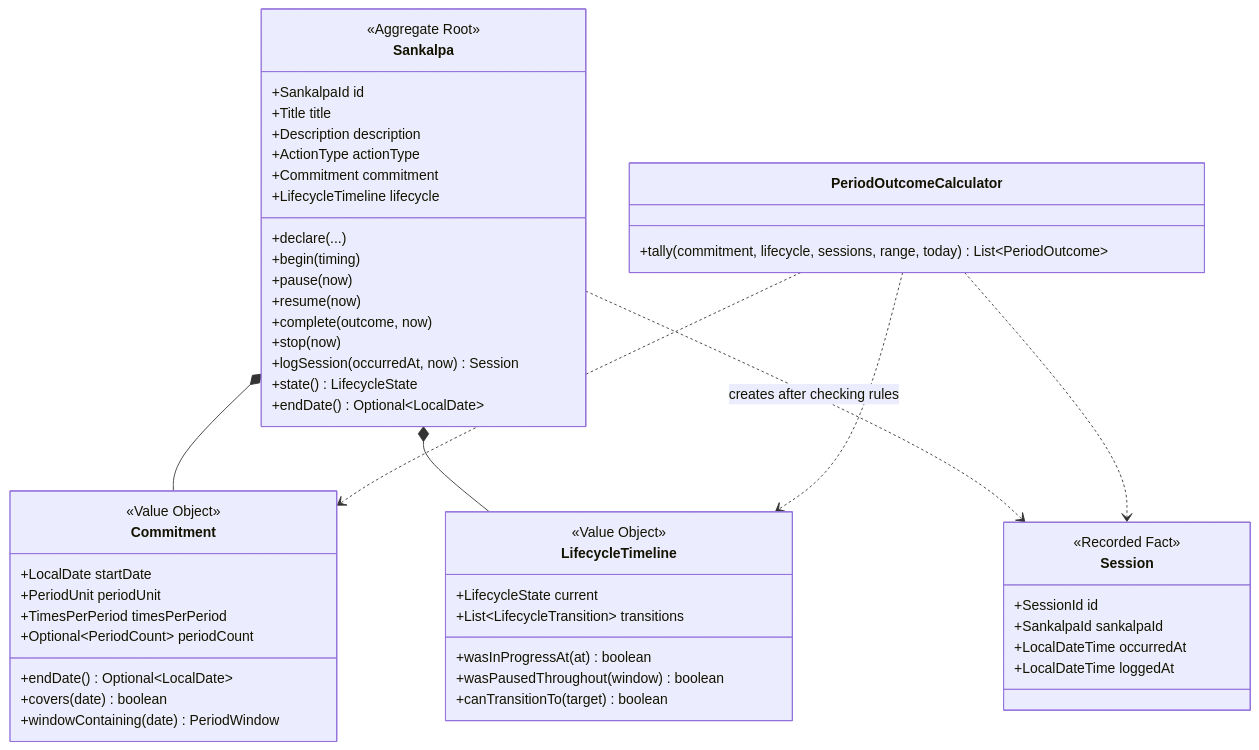
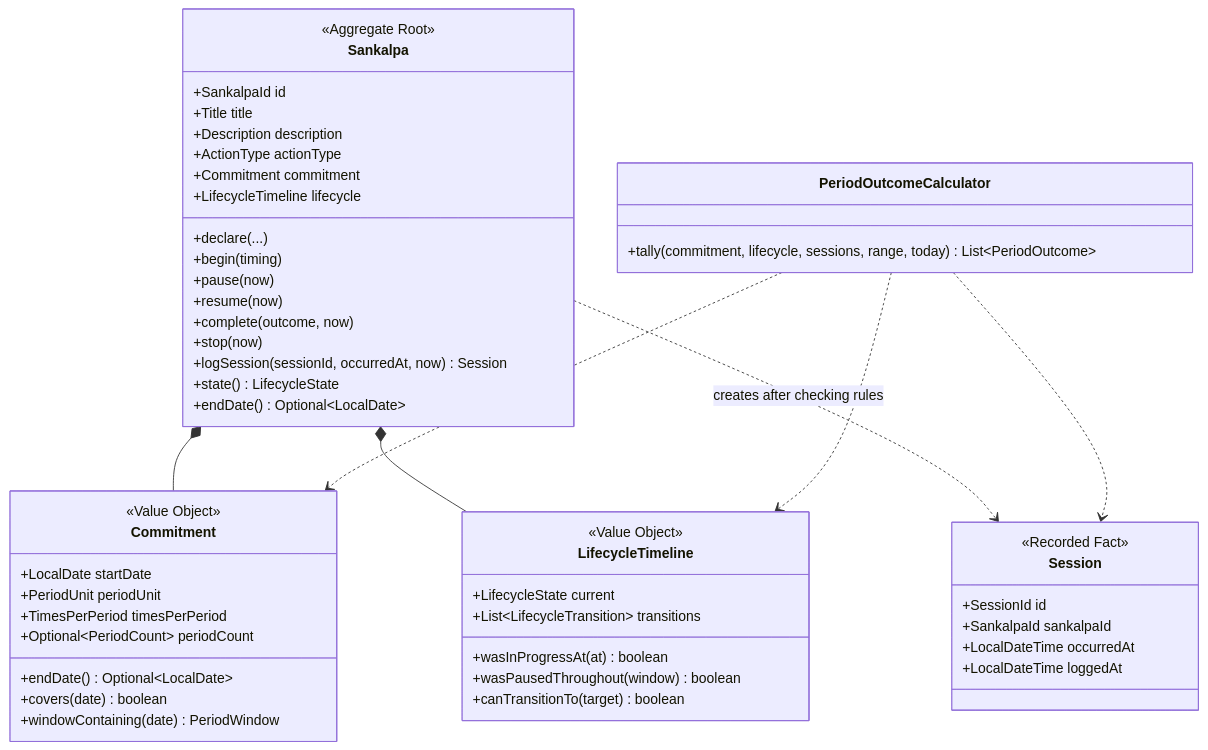
The diagram in docs/architecture/ddd/03-domain-model.md (pswani/sankalpa), drawn with Mermaid before and after one commit. The commit also changed other lines of this file and 64 other files, not shown here.

````diff
--- a/docs/architecture/ddd/03-domain-model.md
+++ b/docs/architecture/ddd/03-domain-model.md
@@ -8,60 +8,60 @@
 ```mermaid
 classDiagram
   class Sankalpa {
     <<Aggregate Root>>
     +SankalpaId id
     +Title title
     +Description description
     +ActionType actionType
     +Commitment commitment
     +LifecycleTimeline lifecycle
     +declare(...)
     +begin(timing)
     +pause(now)
     +resume(now)
     +complete(outcome, now)
     +stop(now)
-    +logSession(occurredAt, now) Session
+    +logSession(sessionId, occurredAt, now) Session
     +state() LifecycleState
     +endDate() Optional~LocalDate~
   }
 
   class Session {
     <<Recorded Fact>>
     +SessionId id
     +SankalpaId sankalpaId
     +LocalDateTime occurredAt
     +LocalDateTime loggedAt
   }
 
   class Commitment {
     <<Value Object>>
     +LocalDate startDate
     +PeriodUnit periodUnit
     +TimesPerPeriod timesPerPeriod
     +Optional~PeriodCount~ periodCount
     +endDate() Optional~LocalDate~
     +covers(date) boolean
     +windowContaining(date) PeriodWindow
   }
 
   class LifecycleTimeline {
     <<Value Object>>
     +LifecycleState current
     +List~LifecycleTransition~ transitions
     +wasInProgressAt(at) boolean
     +wasPausedThroughout(window) boolean
     +canTransitionTo(target) boolean
   }
 
   class PeriodOutcomeCalculator {
     +tally(commitment, lifecycle, sessions, range, today) List~PeriodOutcome~
   }
 
   Sankalpa *-- Commitment
   Sankalpa *-- LifecycleTimeline
   Sankalpa ..> Session : creates after checking rules
   PeriodOutcomeCalculator ..> Commitment
   PeriodOutcomeCalculator ..> Session
   PeriodOutcomeCalculator ..> LifecycleTimeline
 ```
````
